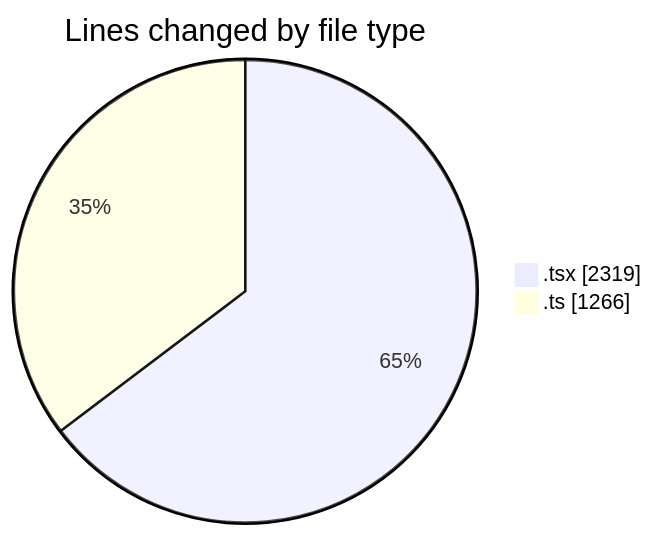
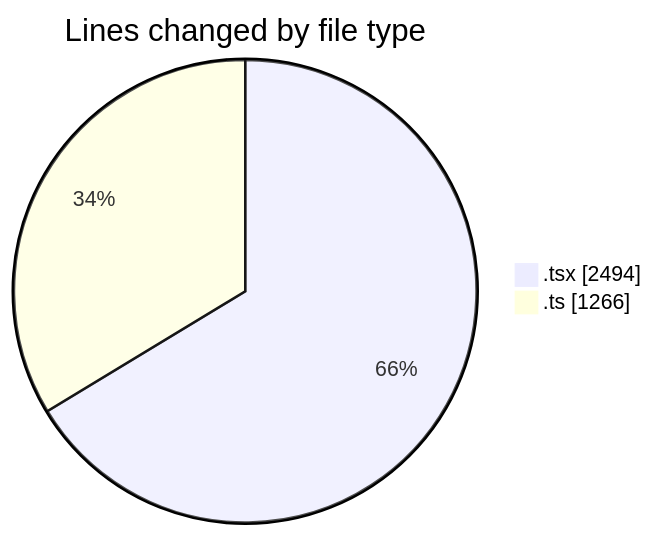
Before and after one commit to nxtqubesakshisongat/code-tracking: the first of 2 diagrams in 2026-05-17/nxtqube_webapp/README.md, drawn with Mermaid. The commit also changed other lines of this file and 1 other file, not shown here.

````diff
--- a/2026-05-17/nxtqube_webapp/README.md
+++ b/2026-05-17/nxtqube_webapp/README.md
@@ -24,6 +25,6 @@
 ```mermaid
 pie showData
 title Lines changed by file type
-".tsx" : 2319
+".tsx" : 2494
 ".ts" : 1266
 ```
````
